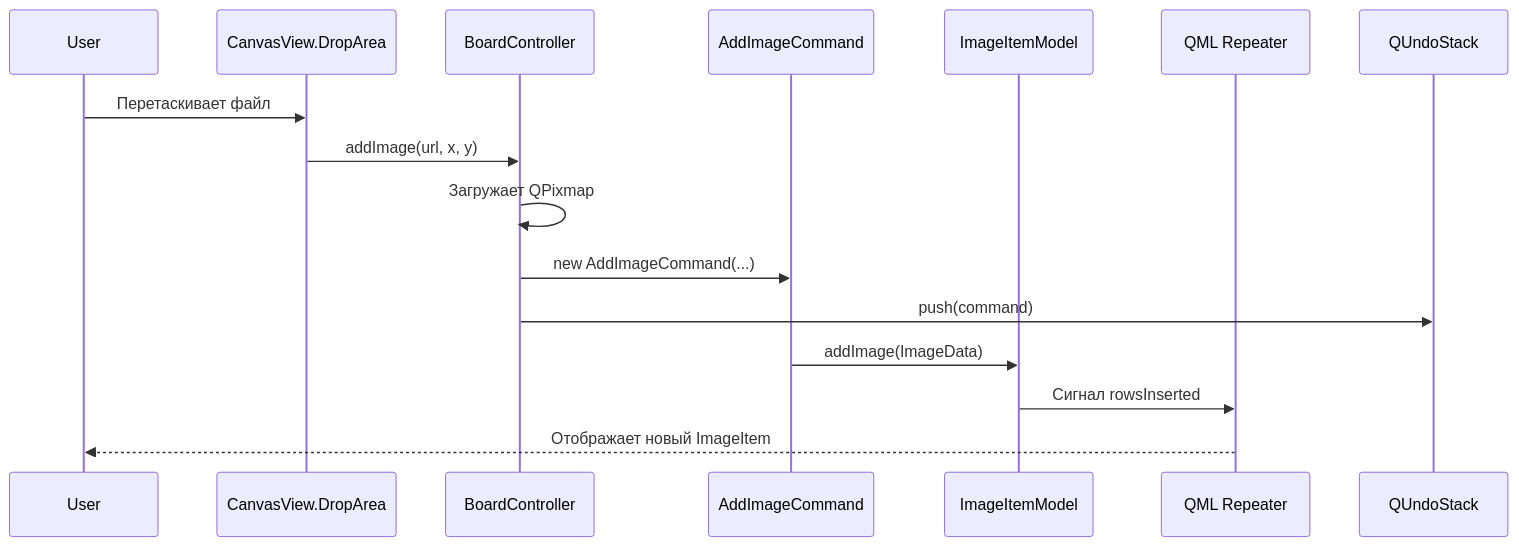
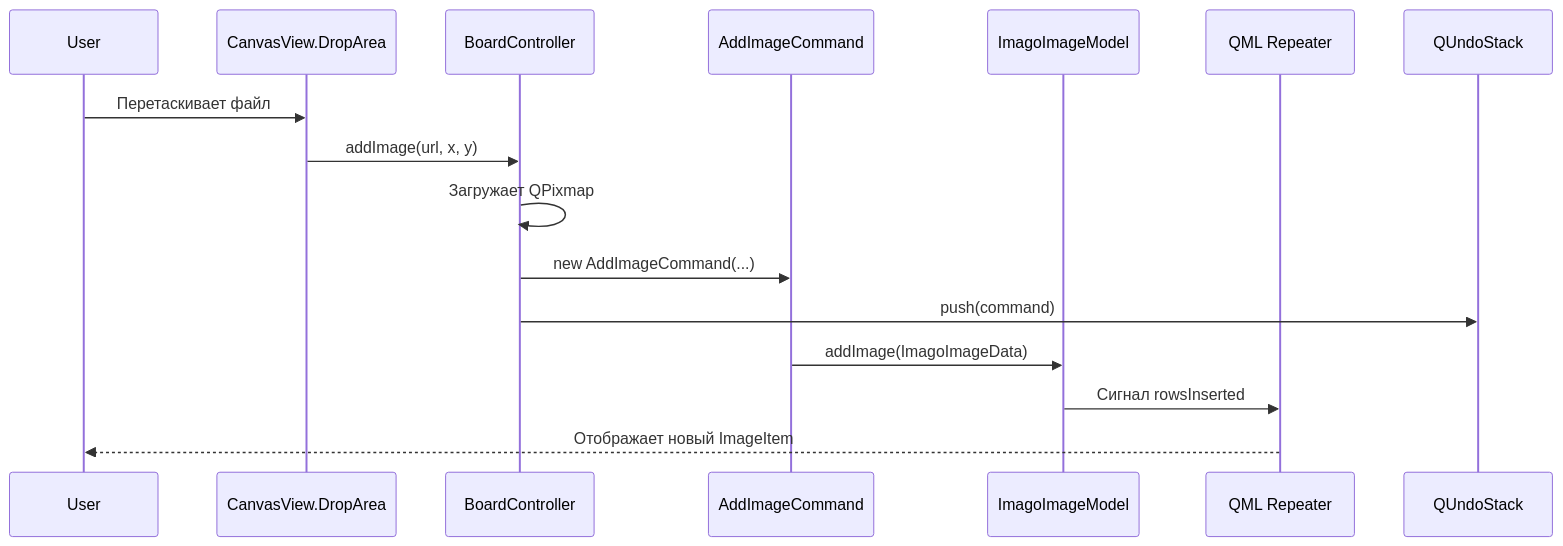
One commit to Hemaxa/ImagoRef changed the third of 5 diagrams in docs/spravka_po_kodu.md. Above: the diagram before and after it, drawn with Mermaid. The commit also changed other lines of this file and 21 other files, not shown here.

````diff
--- a/docs/spravka_po_kodu.md
+++ b/docs/spravka_po_kodu.md
@@ -521,18 +521,18 @@
 ```mermaid
 sequenceDiagram
     participant User
     participant CanvasView.DropArea
     participant BoardController
     participant AddImageCommand
-    participant ImageItemModel
+    participant ImagoImageModel
     participant QML Repeater
 
     User->>CanvasView.DropArea: Перетаскивает файл
     CanvasView.DropArea->>BoardController: addImage(url, x, y)
     BoardController->>BoardController: Загружает QPixmap
     BoardController->>AddImageCommand: new AddImageCommand(...)
     BoardController->>QUndoStack: push(command)
-    AddImageCommand->>ImageItemModel: addImage(ImageData)
-    ImageItemModel->>QML Repeater: Сигнал rowsInserted
+    AddImageCommand->>ImagoImageModel: addImage(ImagoImageData)
+    ImagoImageModel->>QML Repeater: Сигнал rowsInserted
     QML Repeater-->>User: Отображает новый ImageItem
 ```
````
